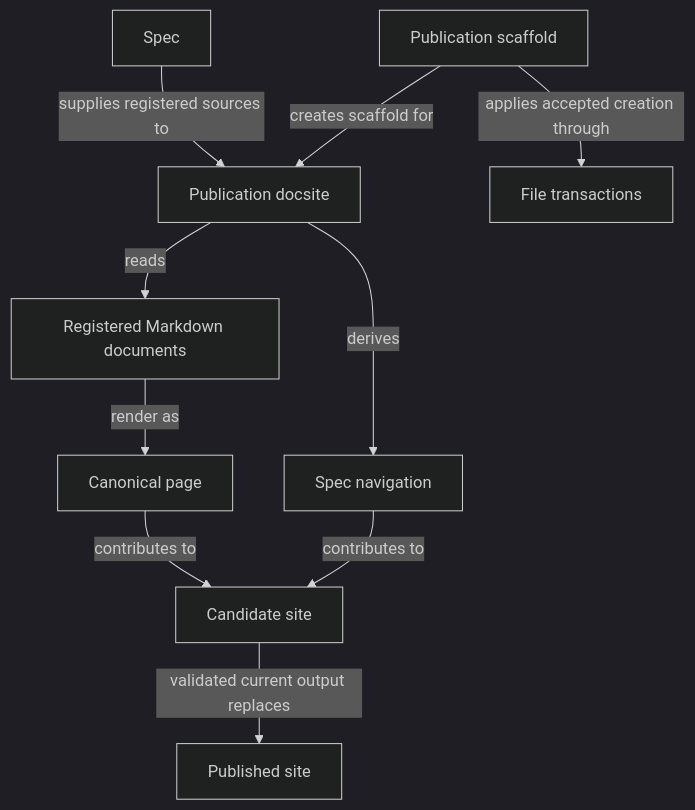
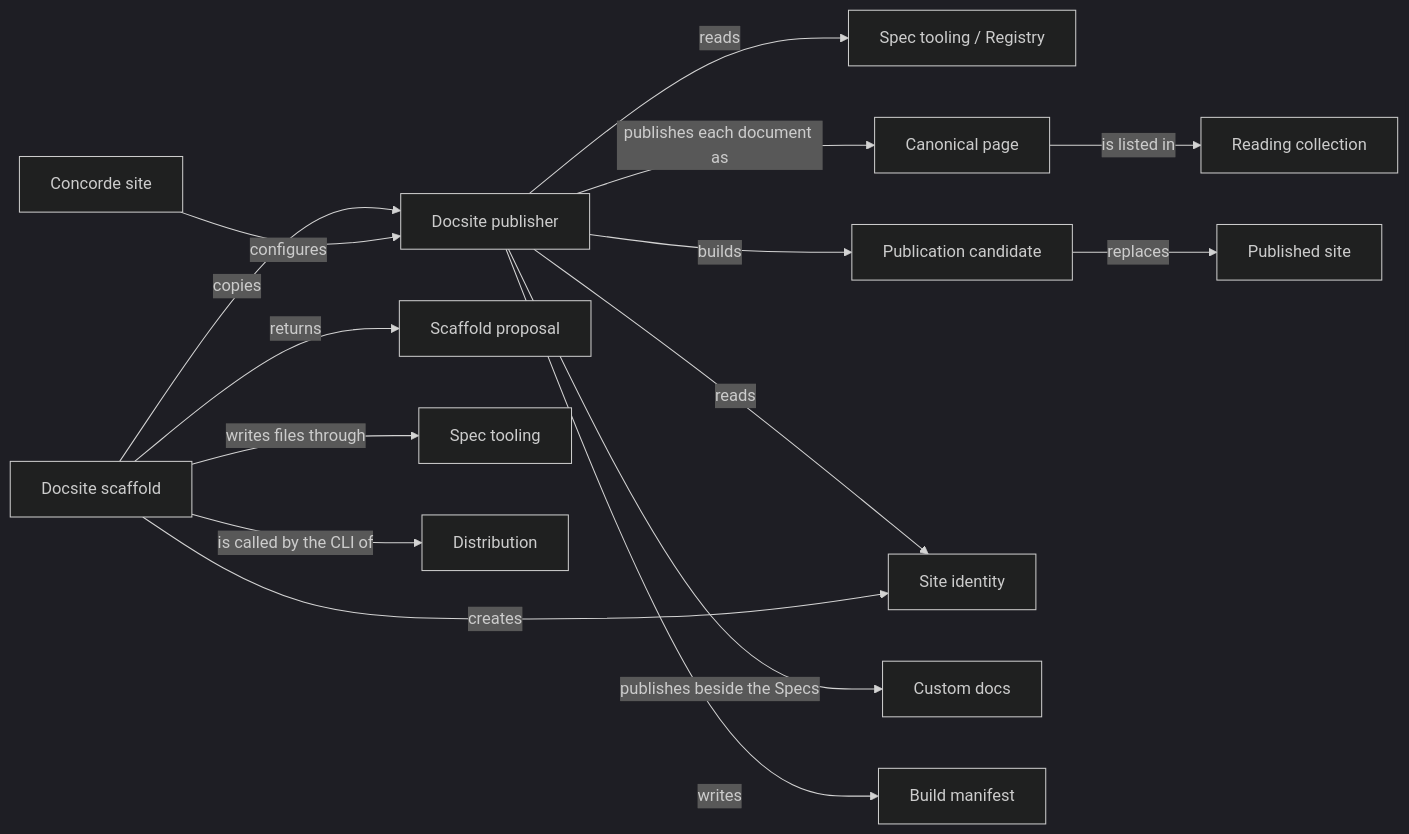
One commit to FTOD/concorde changed the second of 2 diagrams in specs/concorde/views/module.md. Above: the diagram before and after it, drawn with Mermaid (dark theme). The commit also changed other lines of this file and 370 other files, not shown here.

First line of the commit message:
Rewrite Concorde's Specs and Spec tooling for Protocol 11

````diff
--- a/specs/concorde/views/module.md
+++ b/specs/concorde/views/module.md
@@ -85,23 +204,33 @@
 ```mermaid
-flowchart TB
-    accTitle: Publication admission and promotion
-    accDescr: Spec supplies registered reading and metadata. Publication derives canonical pages and navigation, validates a candidate and promotes it. Scaffolding separately creates accepted site files through file transactions.
-    spec["Spec"]
-    site["Publication docsite"]
-    documents["Registered Markdown documents"]
-    page["Canonical page"]
-    navigation["Spec navigation"]
-    candidate["Candidate site"]
-    published["Published site"]
-    scaffold["Publication scaffold"]
-    transaction["File transactions"]
-    spec -->|supplies registered sources to| site
-    site -->|reads| documents
-    documents -->|render as| page
-    site -->|derives| navigation
-    page -->|contributes to| candidate
-    navigation -->|contributes to| candidate
-    candidate -->|validated current output replaces| published
-    scaffold -->|creates scaffold for| site
-    scaffold -->|applies accepted creation through| transaction
+flowchart LR
+    accTitle: Views collaboration
+    accDescr: The publisher reads the registry and builds candidates that replace the published site; the scaffold copies the publisher through the Spec Module's file transactions.
+    registry[Spec tooling / Registry]
+    publisher[Docsite publisher]
+    candidate[Publication candidate]
+    published[Published site]
+    page[Canonical page]
+    collection[Reading collection]
+    identity[Site identity]
+    custom[Custom docs]
+    manifest[Build manifest]
+    scaffold[Docsite scaffold]
+    proposal[Scaffold proposal]
+    site[Concorde site]
+    spec[Spec tooling]
+    distribution[Distribution]
+    publisher -->|reads| registry
+    publisher -->|reads| identity
+    publisher -->|publishes each document as| page
+    page -->|is listed in| collection
+    publisher -->|publishes beside the Specs| custom
+    publisher -->|builds| candidate
+    candidate -->|replaces| published
+    publisher -->|writes| manifest
+    scaffold -->|returns| proposal
+    scaffold -->|copies| publisher
+    scaffold -->|creates| identity
+    scaffold -->|writes files through| spec
+    scaffold -->|is called by the CLI of| distribution
+    site -->|configures| publisher
 ```
````
